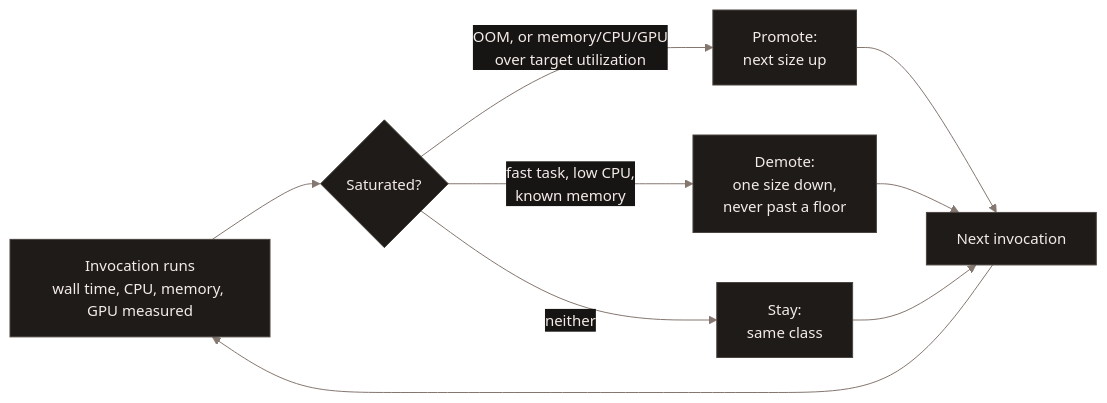
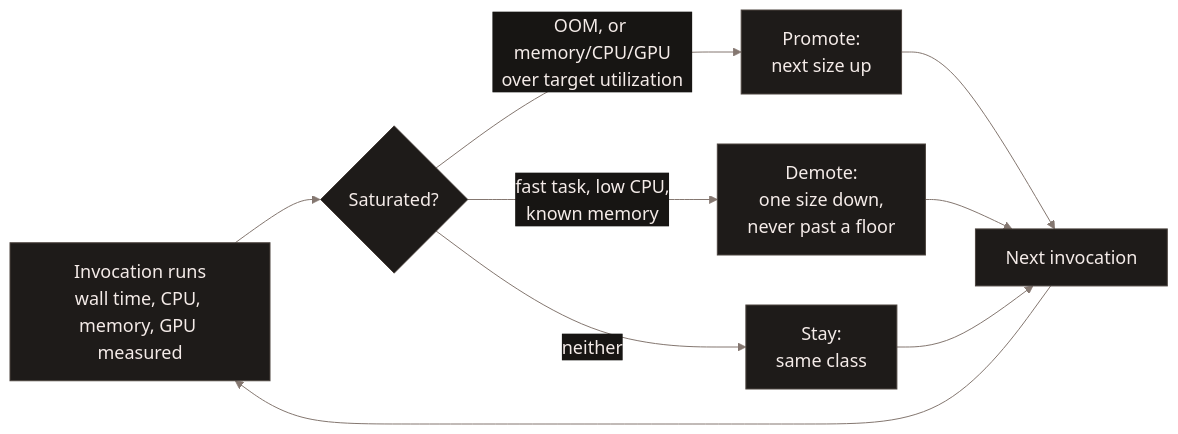
Before and after one commit to lancedb/lancedb: the first of 2 diagrams in docs/web/enterprise/adaptive-execution.mdx, drawn with Mermaid. The commit also changed other lines of this file and 18 other files, not shown here.

First line of the commit message:
style: increase Mermaid diagram font size and tone down dark-mode accent borders

````diff
--- a/docs/web/enterprise/adaptive-execution.mdx
+++ b/docs/web/enterprise/adaptive-execution.mdx
@@ -43,17 +43,17 @@
 ```mermaid
 %%{init: {"theme": "base", "themeVariables": {
   "background": "#171513", "primaryColor": "#1e1b19", "primaryTextColor": "#f4ebe8",
   "primaryBorderColor": "#4c443f", "lineColor": "#847770", "textColor": "#f4ebe8",
-  "edgeLabelBackground": "#171513", "fontFamily": "Inter, sans-serif", "fontSize": "15px"
+  "edgeLabelBackground": "#171513", "fontFamily": "Inter, sans-serif", "fontSize": "18px"
 }}}%%
 flowchart LR
     I["Invocation runs<br/>wall time, CPU, memory, GPU measured"] --> D{"Saturated?"}
     D -->|"OOM, or memory/CPU/GPU<br/>over target utilization"| P["Promote:<br/>next size up"]
     D -->|"fast task, low CPU,<br/>known memory"| Dm["Demote:<br/>one size down,<br/>never past a floor"]
     D -->|neither| S["Stay:<br/>same class"]
     P --> N["Next invocation"]
     Dm --> N
     S --> N
     N --> I
     classDef default fill:#1e1b19,stroke:#4c443f,stroke-width:1px,color:#f4ebe8
 ```
````
